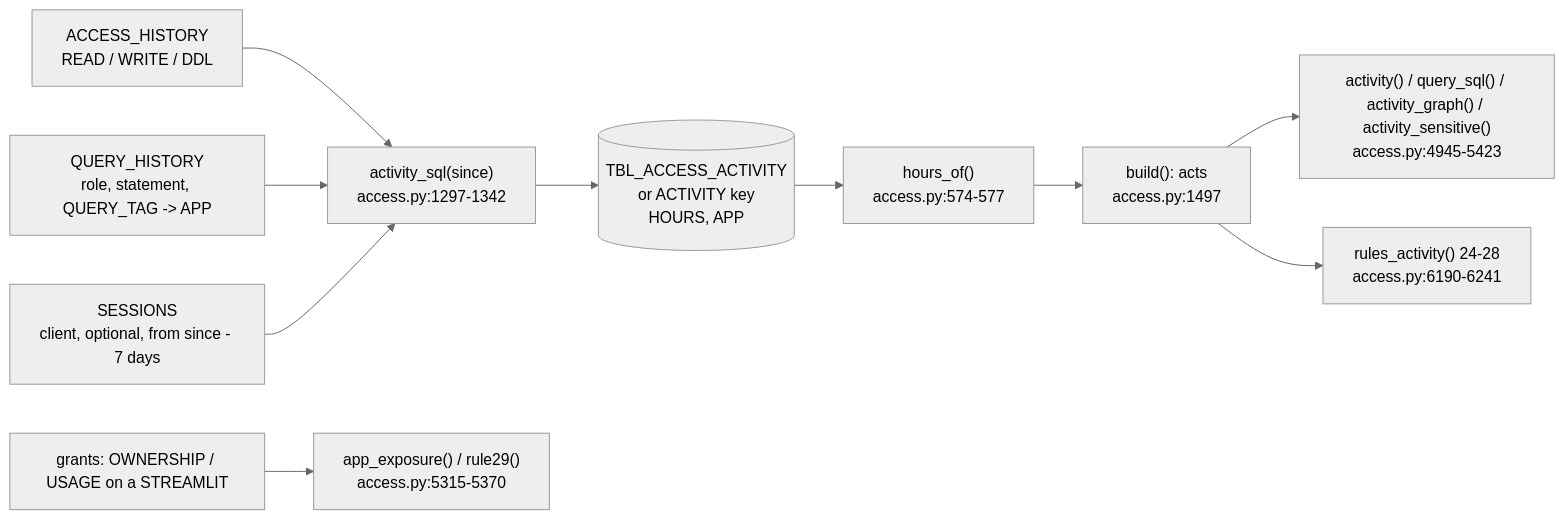
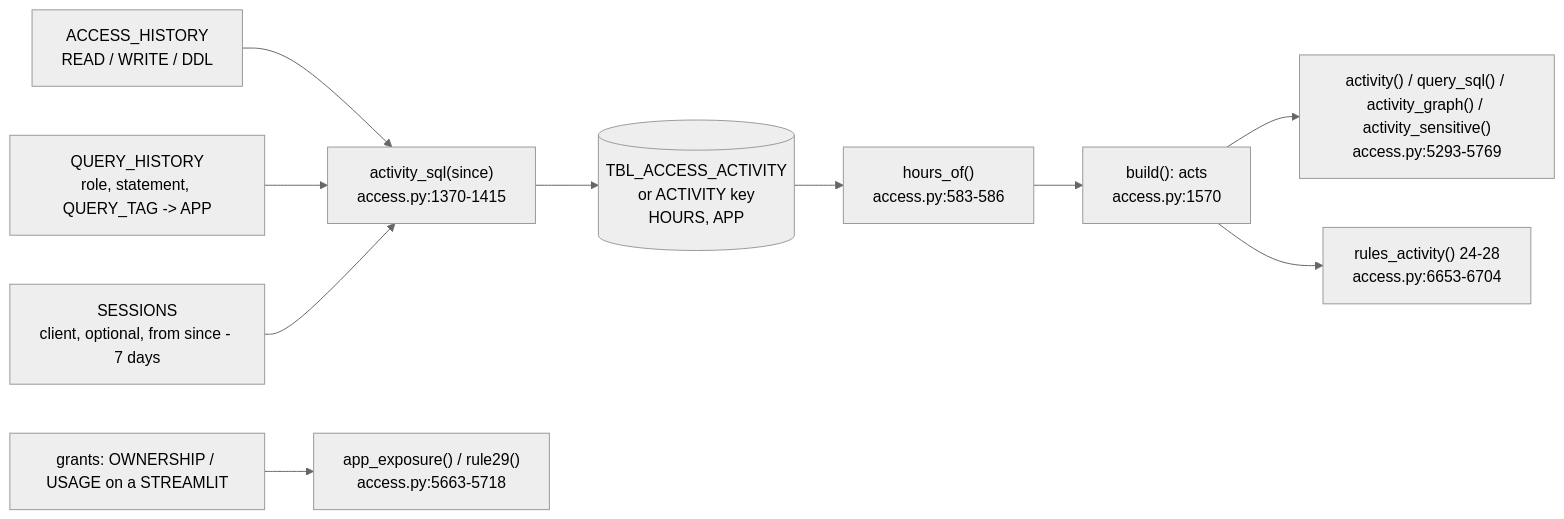
Before and after one commit to darshanmeel/snowflake-access-explorer: the diagram in snowflake-access-explorer-knowledge-graph/logic/activity.md, drawn with Mermaid (neutral theme). The commit also changed other lines of this file and 86 other files, not shown here.

First line of the commit message:
Knowledge graph up to a71221c: paged pages, lazy graph boxes, read order, What changed at refresh, load steps

````diff
--- a/snowflake-access-explorer-knowledge-graph/logic/activity.md
+++ b/snowflake-access-explorer-knowledge-graph/logic/activity.md
@@ -6,12 +6,12 @@
 ```mermaid
 flowchart LR
-  AH[ACCESS_HISTORY<br/>READ / WRITE / DDL] --> SQLA["activity_sql(since)<br/>access.py:1297-1342"]
+  AH[ACCESS_HISTORY<br/>READ / WRITE / DDL] --> SQLA["activity_sql(since)<br/>access.py:1370-1415"]
   QH[QUERY_HISTORY<br/>role, statement, QUERY_TAG -> APP] --> SQLA
   SE[SESSIONS<br/>client, optional, from since - 7 days] --> SQLA
   SQLA --> T[(TBL_ACCESS_ACTIVITY<br/>or ACTIVITY key<br/>HOURS, APP)]
-  T --> HO["hours_of()<br/>access.py:574-577"]
-  HO --> ACTS["build(): acts<br/>access.py:1497"]
-  ACTS --> TAB["activity() / query_sql() / activity_graph() / activity_sensitive()<br/>access.py:4945-5423"]
-  ACTS --> R["rules_activity() 24-28<br/>access.py:6190-6241"]
-  G[grants: OWNERSHIP / USAGE on a STREAMLIT] --> AX["app_exposure() / rule29()<br/>access.py:5315-5370"]
+  T --> HO["hours_of()<br/>access.py:583-586"]
+  HO --> ACTS["build(): acts<br/>access.py:1570"]
+  ACTS --> TAB["activity() / query_sql() / activity_graph() / activity_sensitive()<br/>access.py:5293-5769"]
+  ACTS --> R["rules_activity() 24-28<br/>access.py:6653-6704"]
+  G[grants: OWNERSHIP / USAGE on a STREAMLIT] --> AX["app_exposure() / rule29()<br/>access.py:5663-5718"]
 ```
````
